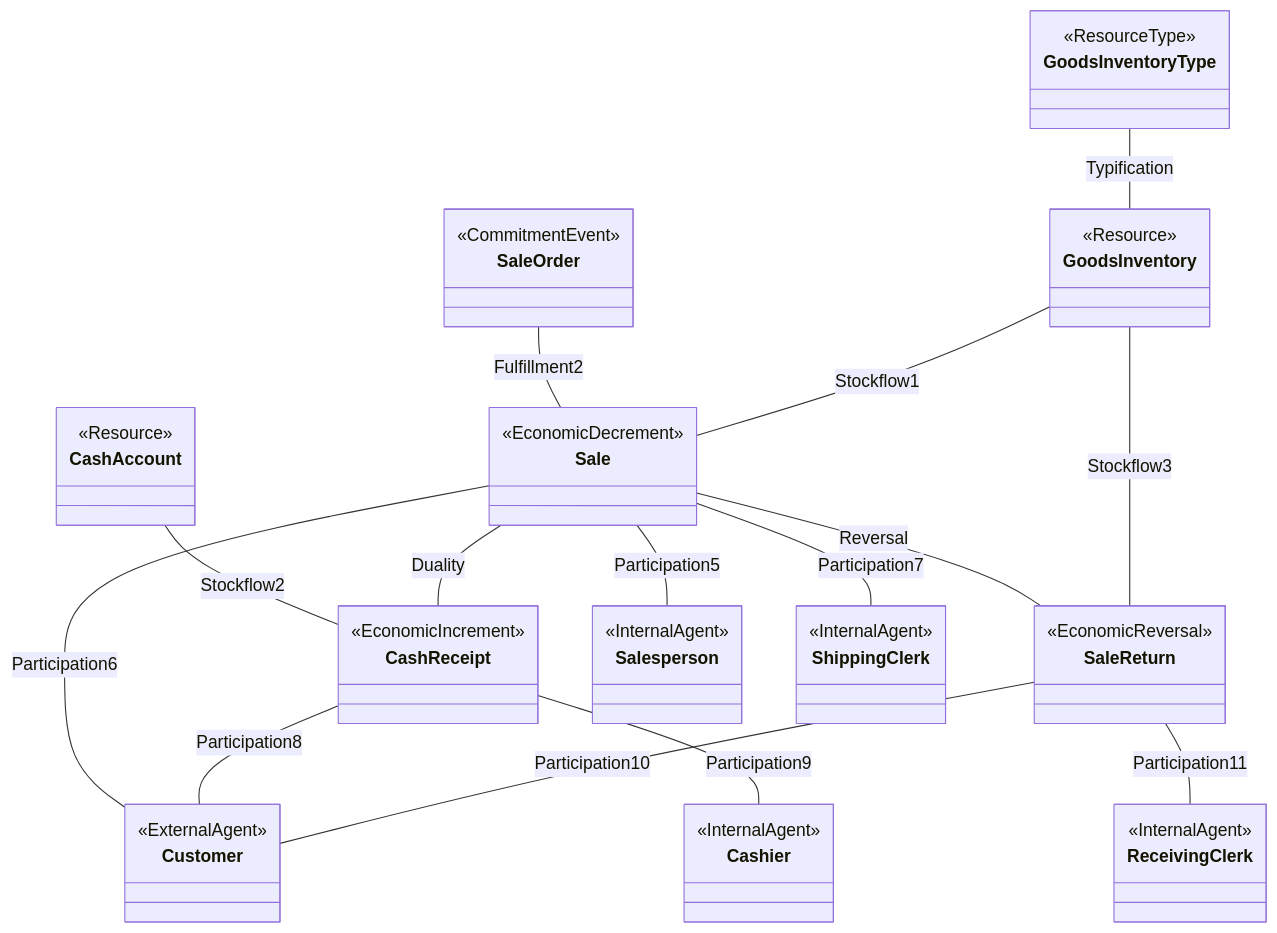
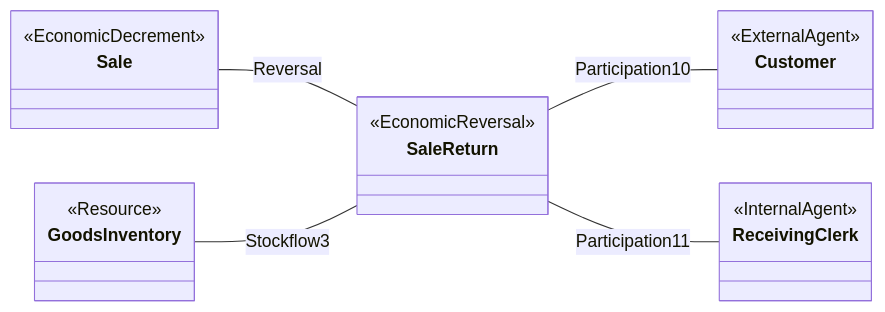
One commit to CercaTrovato/cityu-ai-course-notes changed diagram 15 of 19 in AC6761_Artificial_Intelligence_Accounting/notes/M05-REA业务流程建模.md. Above: the diagram before and after it, drawn with Mermaid. The commit also changed other lines of this file and 224 other files, not shown here.

First line of the commit message:
完善五门课图文可读性并更新仓库首页

````diff
--- a/AC6761_Artificial_Intelligence_Accounting/notes/M05-REA业务流程建模.md
+++ b/AC6761_Artificial_Intelligence_Accounting/notes/M05-REA业务流程建模.md
@@ -2396,53 +2814,23 @@
 ```mermaid
 classDiagram
-    class SaleOrder {
-        <<CommitmentEvent>>
-    }
+    direction LR
     class Sale {
         <<EconomicDecrement>>
-    }
-    class CashReceipt {
-        <<EconomicIncrement>>
     }
     class SaleReturn {
         <<EconomicReversal>>
     }
-    class GoodsInventoryType {
-        <<ResourceType>>
-    }
     class GoodsInventory {
-        <<Resource>>
-    }
-    class CashAccount {
         <<Resource>>
     }
     class Customer {
         <<ExternalAgent>>
     }
-    class Salesperson {
-        <<InternalAgent>>
-    }
-    class ShippingClerk {
-        <<InternalAgent>>
-    }
-    class Cashier {
-        <<InternalAgent>>
-    }
     class ReceivingClerk {
         <<InternalAgent>>
     }
-    SaleOrder -- Sale : Fulfillment2
-    GoodsInventoryType -- GoodsInventory : Typification
-    GoodsInventory -- Sale : Stockflow1
-    CashAccount -- CashReceipt : Stockflow2
-    Sale -- CashReceipt : Duality
-    Sale -- Salesperson : Participation5
-    Sale -- Customer : Participation6
-    Sale -- ShippingClerk : Participation7
-    CashReceipt -- Customer : Participation8
-    CashReceipt -- Cashier : Participation9
     Sale -- SaleReturn : Reversal
     GoodsInventory -- SaleReturn : Stockflow3
     SaleReturn -- Customer : Participation10
     SaleReturn -- ReceivingClerk : Participation11
 ```
````
